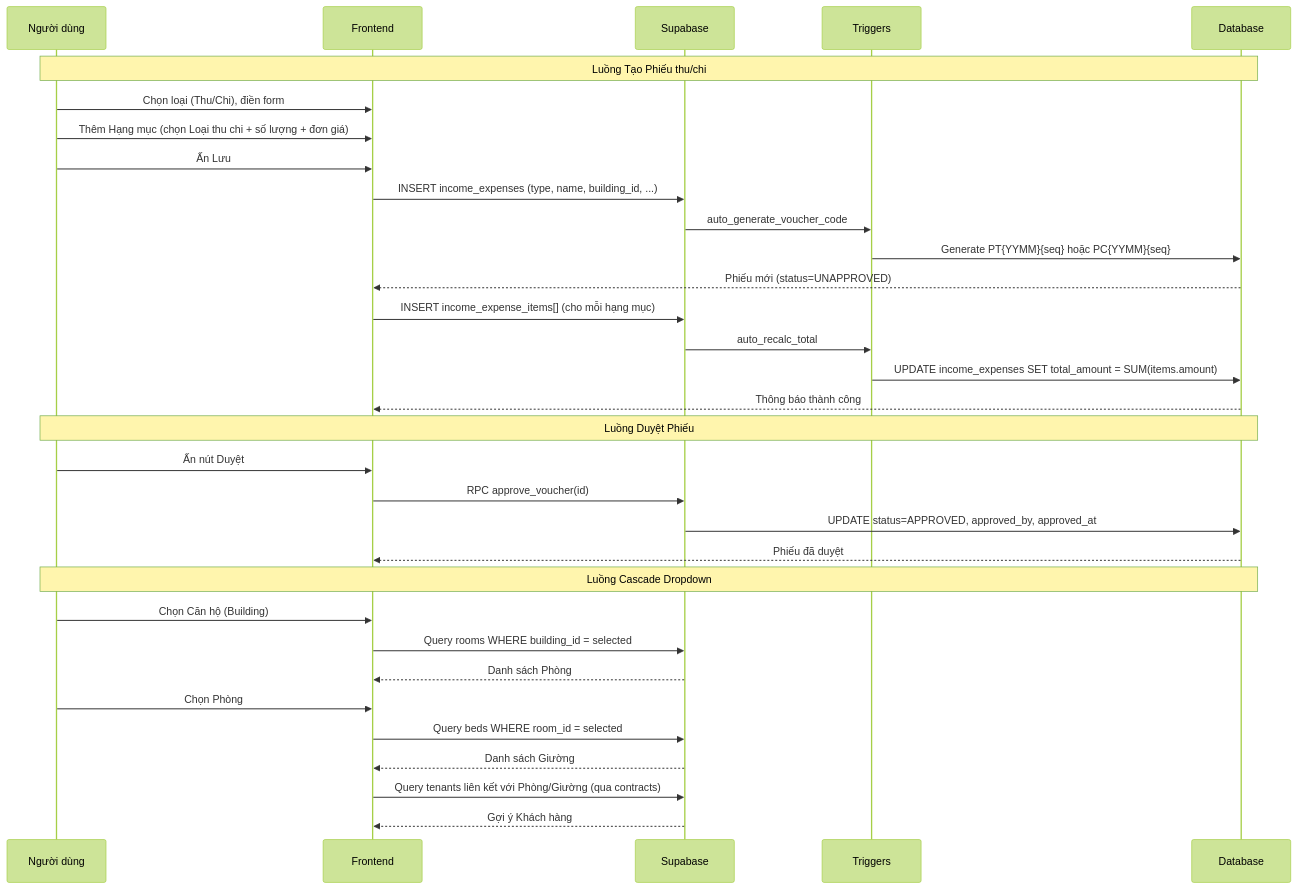
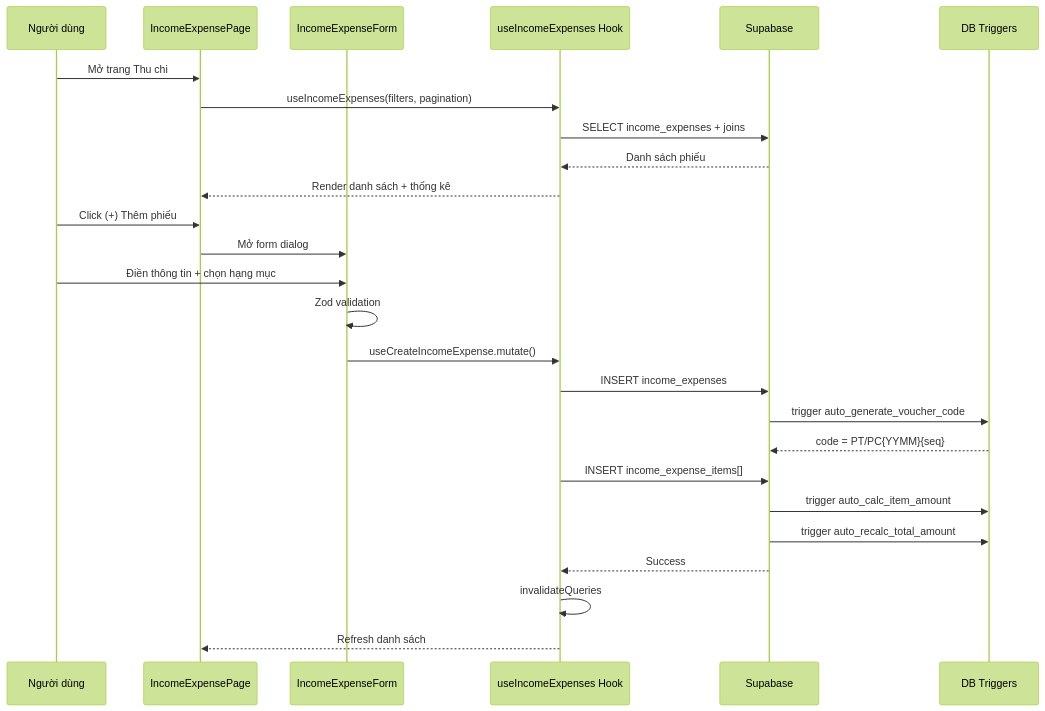
One commit to zxGreenxz/whiteboard-ihomecrm changed the second of 4 diagrams in .kiro/specs/thu-chi-reimplementation/design.md. Above: the diagram before and after it, drawn with Mermaid (forest theme). The commit also changed other lines of this file and 12 other files, not shown here.

````diff
--- a/.kiro/specs/thu-chi-reimplementation/design.md
+++ b/.kiro/specs/thu-chi-reimplementation/design.md
@@ -112,37 +67,30 @@
 ```mermaid
 sequenceDiagram
     participant U as Người dùng
-    participant FE as Frontend
-    participant SB as Supabase
-    participant TR as Triggers
-    participant DB as Database
+    participant P as IncomeExpensePage
+    participant F as IncomeExpenseForm
+    participant H as useIncomeExpenses Hook
+    participant S as Supabase
+    participant T as DB Triggers
 
-    Note over U,DB: Luồng Tạo Phiếu thu/chi
-    U->>FE: Chọn loại (Thu/Chi), điền form
-    U->>FE: Thêm Hạng mục (chọn Loại thu chi + số lượng + đơn giá)
-    U->>FE: Ấn Lưu
-    FE->>SB: INSERT income_expenses (type, name, building_id, ...)
-    SB->>TR: auto_generate_voucher_code
-    TR->>DB: Generate PT{YYMM}{seq} hoặc PC{YYMM}{seq}
-    DB-->>FE: Phiếu mới (status=UNAPPROVED)
-    FE->>SB: INSERT income_expense_items[] (cho mỗi hạng mục)
-    SB->>TR: auto_recalc_total
-    TR->>DB: UPDATE income_expenses SET total_amount = SUM(items.amount)
-    DB-->>FE: Thông báo thành công
+    U->>P: Mở trang Thu chi
+    P->>H: useIncomeExpenses(filters, pagination)
+    H->>S: SELECT income_expenses + joins
+    S-->>H: Danh sách phiếu
+    H-->>P: Render danh sách + thống kê
 
-    Note over U,DB: Luồng Duyệt Phiếu
-    U->>FE: Ấn nút Duyệt
-    FE->>SB: RPC approve_voucher(id)
-    SB->>DB: UPDATE status=APPROVED, approved_by, approved_at
-    DB-->>FE: Phiếu đã duyệt
-
-    Note over U,DB: Luồng Cascade Dropdown
-    U->>FE: Chọn Căn hộ (Building)
-    FE->>SB: Query rooms WHERE building_id = selected
-    SB-->>FE: Danh sách Phòng
-    U->>FE: Chọn Phòng
-    FE->>SB: Query beds WHERE room_id = selected
-    SB-->>FE: Danh sách Giường
-    FE->>SB: Query tenants liên kết với Phòng/Giường (qua contracts)
-    SB-->>FE: Gợi ý Khách hàng
+    U->>P: Click (+) Thêm phiếu
+    P->>F: Mở form dialog
+    U->>F: Điền thông tin + chọn hạng mục
+    F->>F: Zod validation
+    F->>H: useCreateIncomeExpense.mutate()
+    H->>S: INSERT income_expenses
+    S->>T: trigger auto_generate_voucher_code
+    T-->>S: code = PT/PC{YYMM}{seq}
+    H->>S: INSERT income_expense_items[]
+    S->>T: trigger auto_calc_item_amount
+    S->>T: trigger auto_recalc_total_amount
+    S-->>H: Success
+    H->>H: invalidateQueries
+    H-->>P: Refresh danh sách
 ```
````
